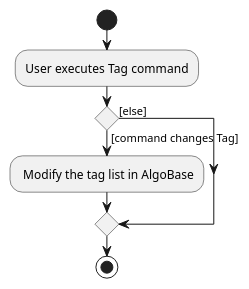
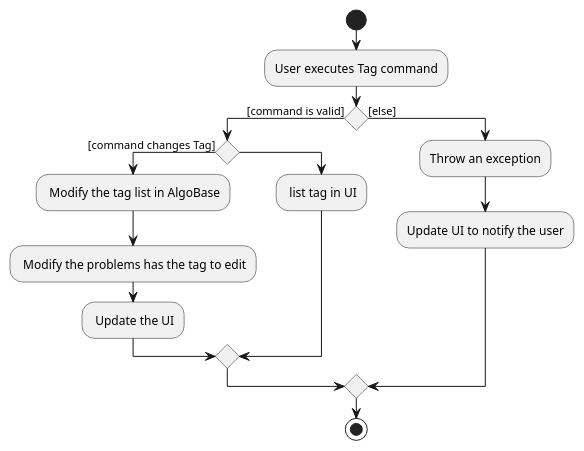
Before and after one commit to nus-cs2103-AY1920S1/addressbook-level3: the diagram in docs/diagrams/tag/TagActivityDiagram.puml, drawn with PlantUML. The commit also changed 22 other files, not shown here.

```diff
--- a/docs/diagrams/tag/TagActivityDiagram.puml
+++ b/docs/diagrams/tag/TagActivityDiagram.puml
@@ -1,13 +1,20 @@
 @startuml
 start
 :User executes Tag command;
 
 'Since the beta syntax does not support placing the condition outside the
 'diamond we place it as the true branch instead.
-
-if () then ([command changes Tag])
-    : Modify the tag list in AlgoBase;
+if () then ([command is valid])
+    if () then ([command changes Tag])
+        : Modify the tag list in AlgoBase;
+        : Modify the problems has the tag to edit;
+        : Update the UI;
+    else ()
+        : list tag in UI;
+    endif
 else ([else])
+    :Throw an exception;
+	:Update UI to notify the user;
 endif
 stop
 @enduml
```
